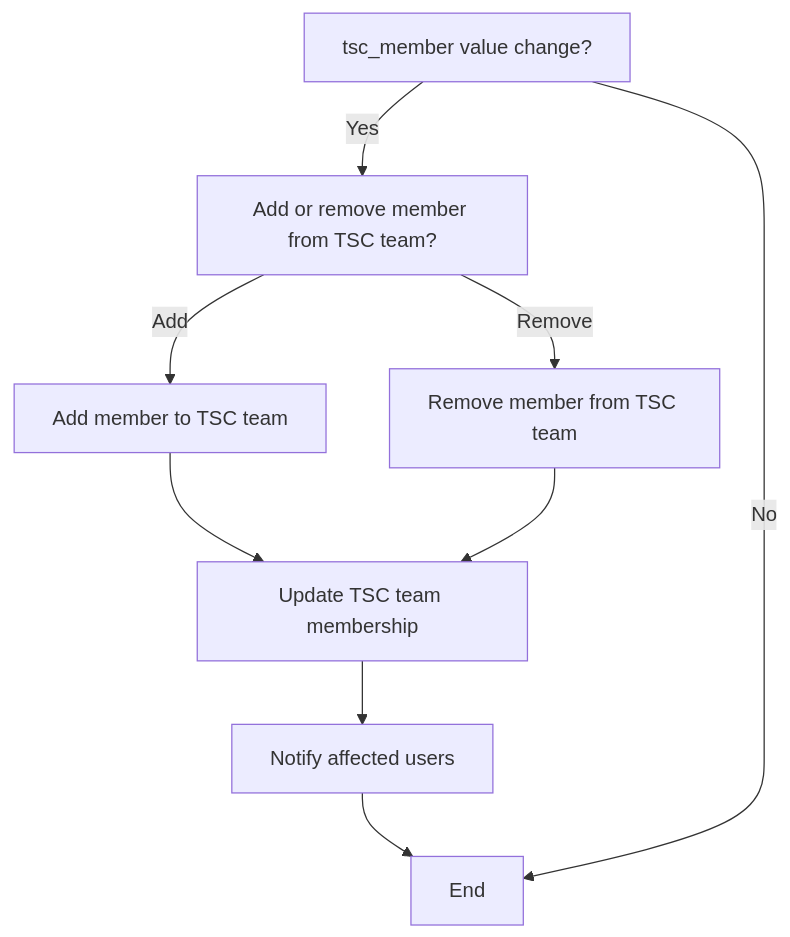
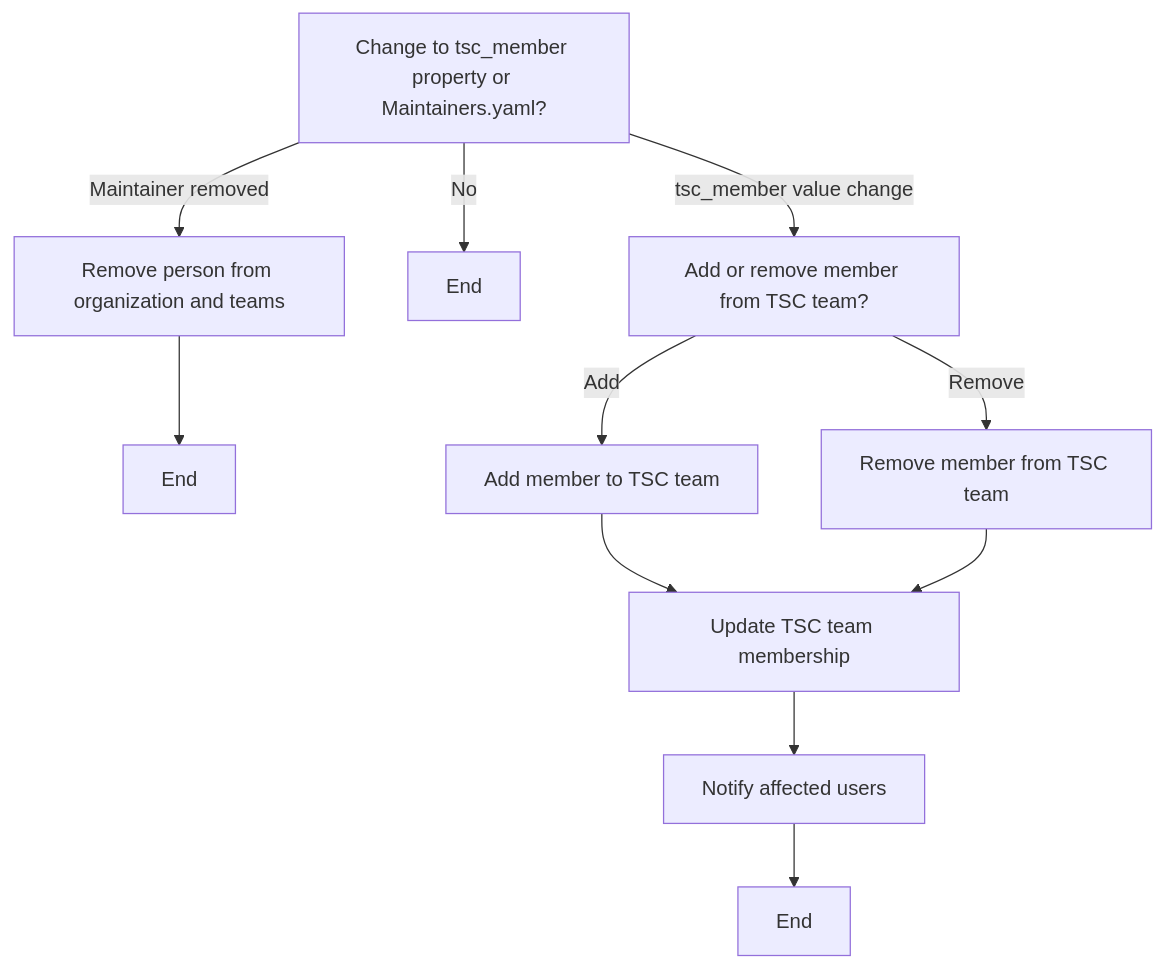
One commit to asyncapi/community changed the eighth of 11 diagrams in mentorship/summerofcode/2023/workflowautomation/README.md. Above: the diagram before and after it, drawn with Mermaid. The commit also changed other lines of this file, not shown here.

````diff
--- a/mentorship/summerofcode/2023/workflowautomation/README.md
+++ b/mentorship/summerofcode/2023/workflowautomation/README.md
@@ -142,12 +146,15 @@
 ```mermaid
 graph TD;
-    A[tsc_member value change?] --> |Yes| B[Add or remove member from TSC team?];
-    B --> |Add| C[Add member to TSC team];
-    B --> |Remove| D[Remove member from TSC team];
-    C --> E[Update TSC team membership];
-    D --> E[Update TSC team membership];
-    E --> F[Notify affected users];
-    F --> G[End];
-    A --> |No| G[End];
+A[Change to tsc_member property or Maintainers.yaml?] --> |Maintainer removed| B[Remove person from organization and teams];
+A --> |No| D[End];
 
+B --> E[End];
+
+A --> |tsc_member value change| F[Add or remove member from TSC team?];
+F --> |Add| G[Add member to TSC team];
+G --> H[Update TSC team membership];
+H --> I[Notify affected users];
+I --> J[End];
+F --> |Remove| K[Remove member from TSC team];
+K --> H;
 ```
````
